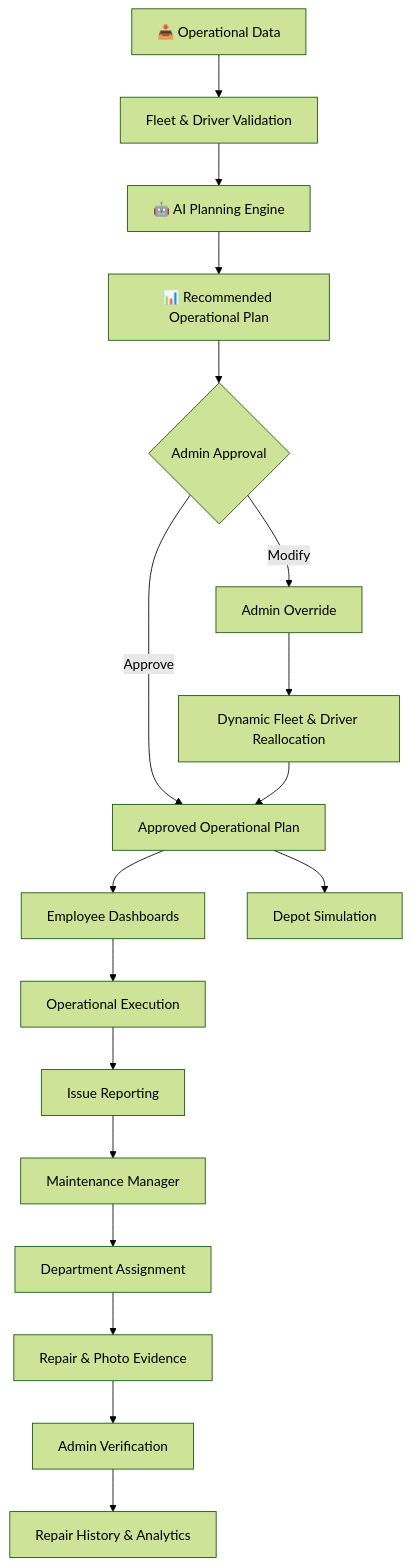
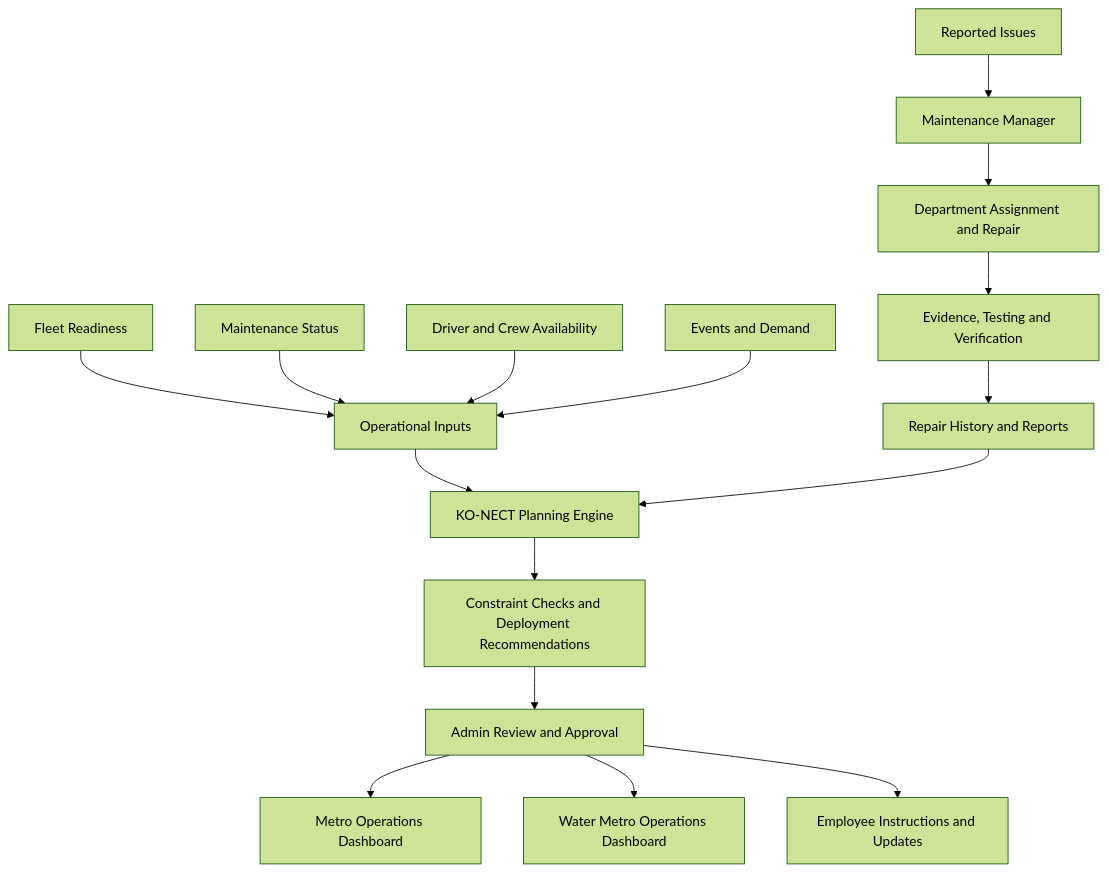
The diagram in README.md (SamPunithaRajD/Ko-nect-Metro), drawn with Mermaid (forest theme) before and after one commit. The commit also changed other lines of this file and 1 other file, not shown here.

Commit message:
Add animated KO-NECT README and metro train banner

````diff
--- a/README.md
+++ b/README.md
@@ -76,20 +83,18 @@
 ```mermaid
 flowchart TD
-    A["📥 Operational Data"] --> B["Fleet & Driver Validation"]
-    B --> C["🤖 AI Planning Engine"]
-    C --> D["📊 Recommended Operational Plan"]
-    D --> E{"Admin Approval"}
-    E -->|Modify| F["Admin Override"]
-    F --> G["Dynamic Fleet & Driver Reallocation"]
-    E -->|Approve| H["Approved Operational Plan"]
-    G --> H
-    H --> I["Employee Dashboards"]
-    H --> J["Depot Simulation"]
-    I --> K["Operational Execution"]
-    K --> L["Issue Reporting"]
-    L --> M["Maintenance Manager"]
-    M --> N["Department Assignment"]
-    N --> O["Repair & Photo Evidence"]
-    O --> P["Admin Verification"]
-    P --> Q["Repair History & Analytics"]
+    A[Operational Inputs] --> B[KO-NECT Planning Engine]
+    A1[Fleet Readiness] --> A
+    A2[Maintenance Status] --> A
+    A3[Driver and Crew Availability] --> A
+    A4[Events and Demand] --> A
+    B --> C[Constraint Checks and Deployment Recommendations]
+    C --> D[Admin Review and Approval]
+    D --> E[Metro Operations Dashboard]
+    D --> F[Water Metro Operations Dashboard]
+    D --> G[Employee Instructions and Updates]
+    H[Reported Issues] --> I[Maintenance Manager]
+    I --> J[Department Assignment and Repair]
+    J --> K[Evidence, Testing and Verification]
+    K --> L[Repair History and Reports]
+    L --> B
 ```
````
